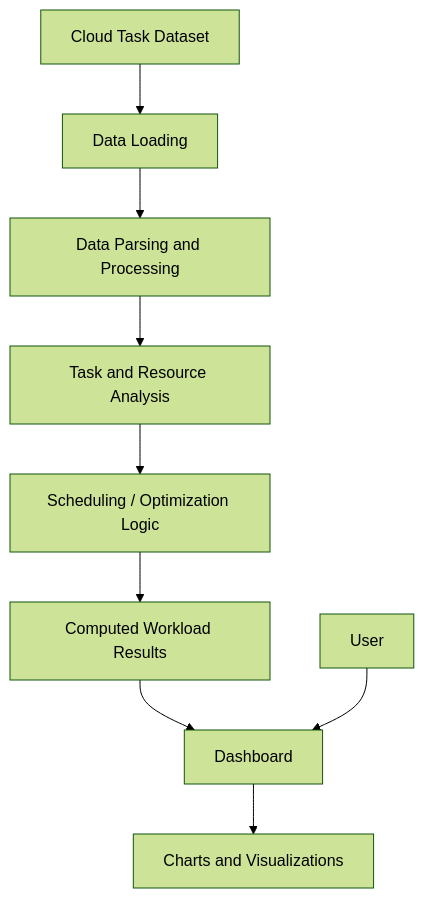
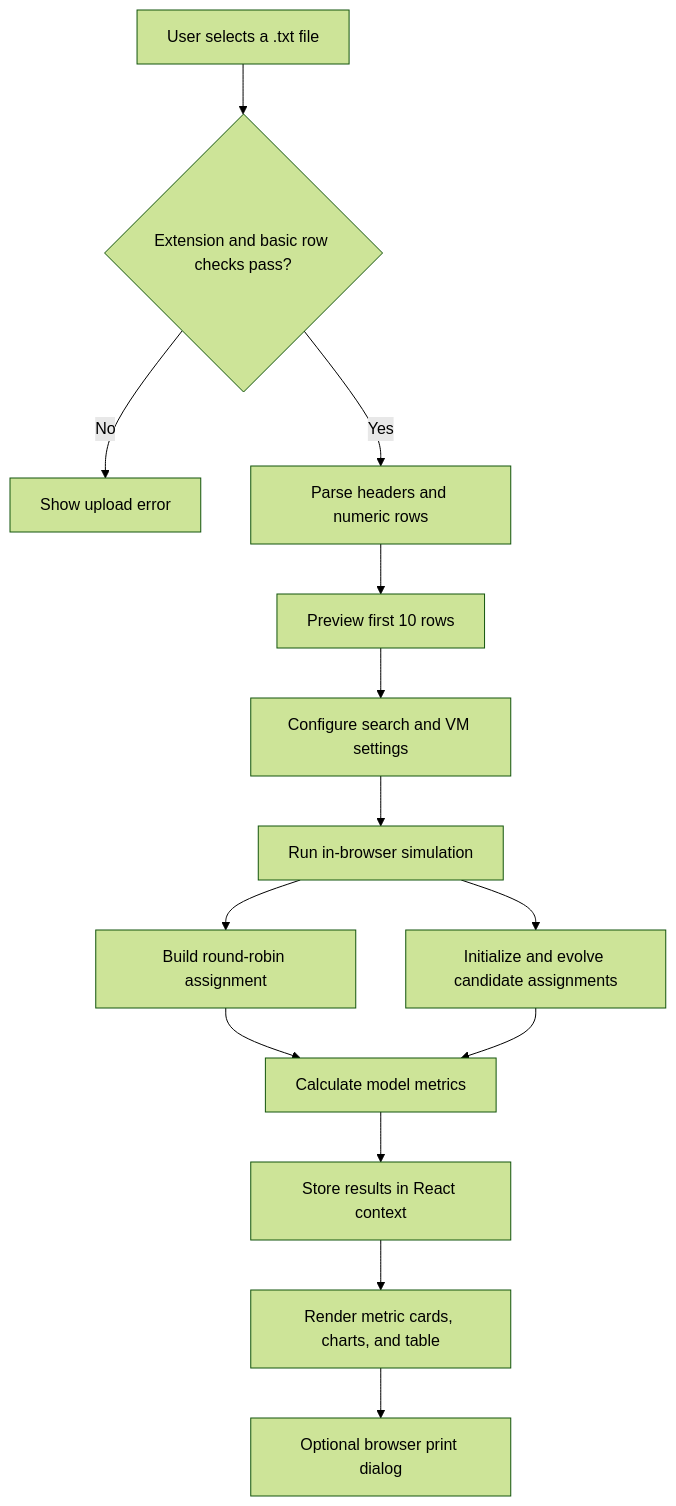
One commit to pudarivyshnavi/Quantum-Cloud-Optimizer changed the second of 2 diagrams in README.md. Above: the diagram before and after it, drawn with Mermaid (forest theme). The commit also changed other lines of this file, not shown here.

Commit message:
docs: upgrade Quantum Cloud Optimizer README

````diff
--- a/README.md
+++ b/README.md
@@ -155,12 +274,16 @@
 ```mermaid
 flowchart TD
-    A[Cloud Task Dataset] --> B[Data Loading]
-    B --> C[Data Parsing and Processing]
-    C --> D[Task and Resource Analysis]
-    D --> E[Scheduling / Optimization Logic]
-    E --> F[Computed Workload Results]
-    F --> G[Dashboard]
-    G --> H[Charts and Visualizations]
-
-    U[User] --> G
+      A[User selects a .txt file] --> B{Extension and basic row checks pass?}
+      B -- No --> C[Show upload error]
+      B -- Yes --> D[Parse headers and numeric rows]
+      D --> E[Preview first 10 rows]
+      E --> F[Configure search and VM settings]
+      F --> G[Run in-browser simulation]
+      G --> H[Build round-robin assignment]
+      G --> I[Initialize and evolve candidate assignments]
+      H --> J[Calculate model metrics]
+      I --> J
+      J --> K[Store results in React context]
+      K --> L[Render metric cards, charts, and table]
+      L --> M[Optional browser print dialog]
 ```
````
